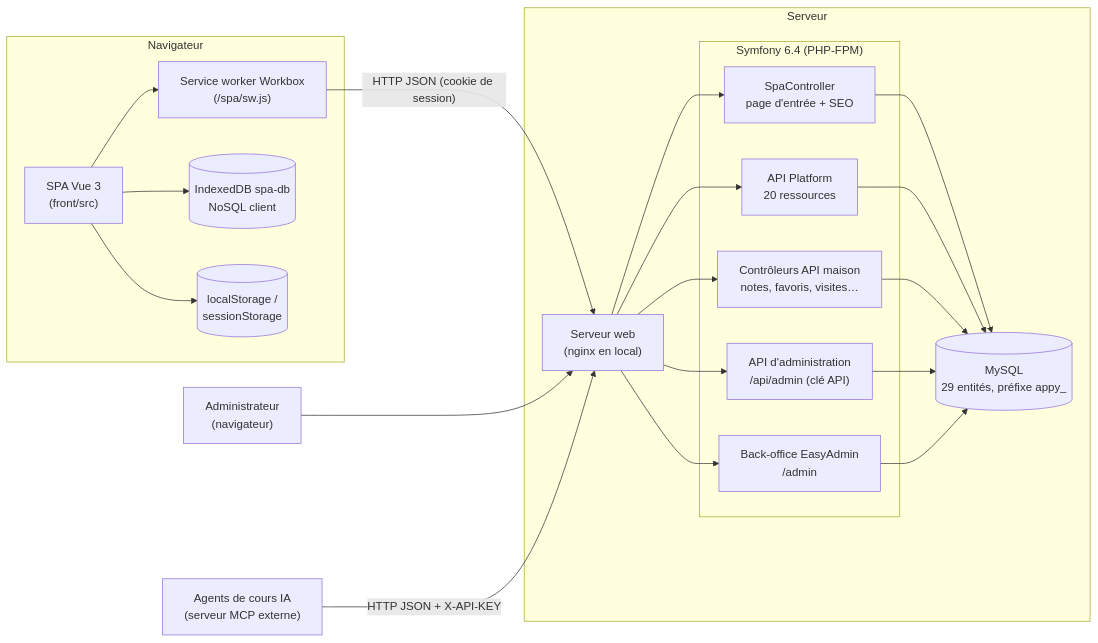
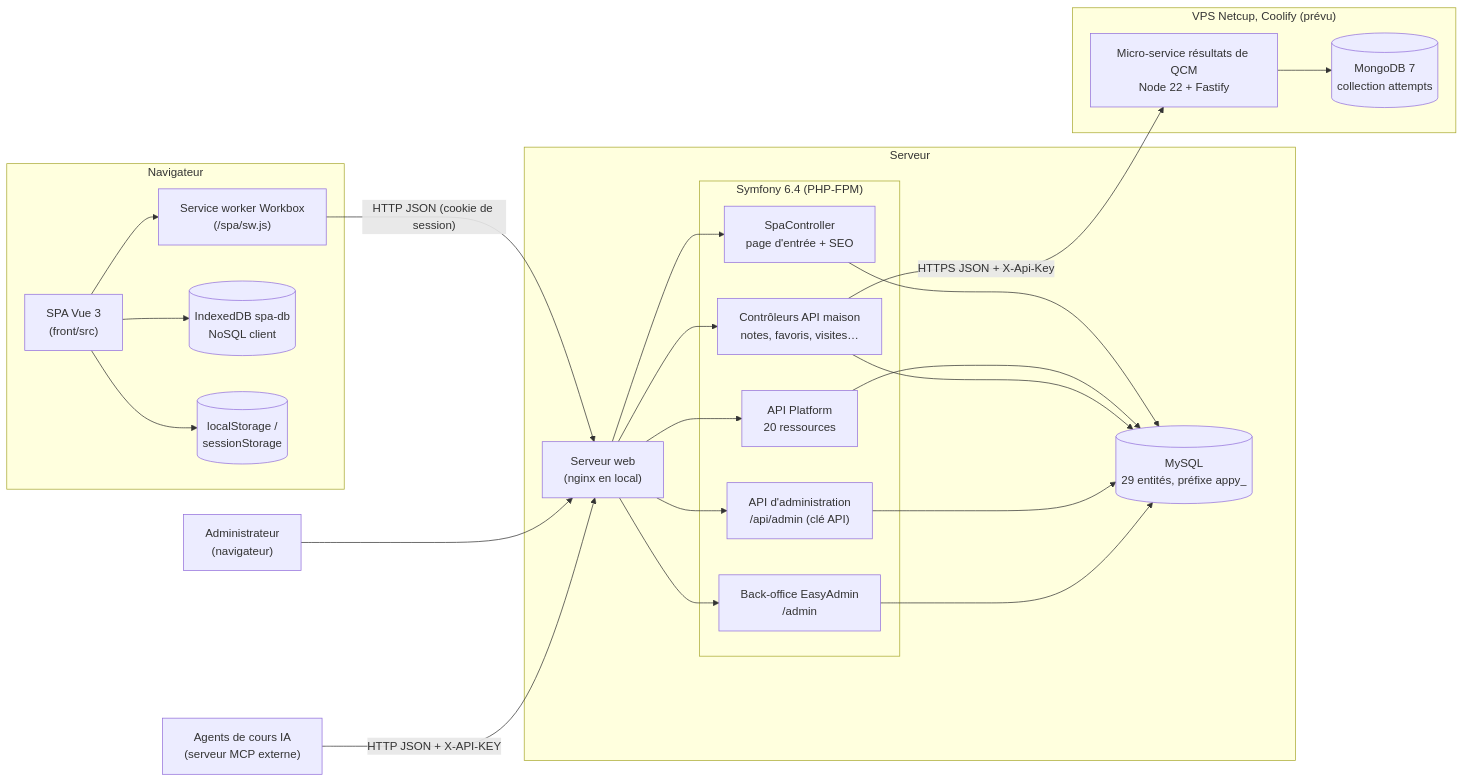
One commit to cundovar/vue-symfony changed the first of 6 diagrams in docs/conception/architecture.md. Above: the diagram before and after it, drawn with Mermaid. The commit also changed other lines of this file and 40 other files, not shown here.

First line of the commit message:
feat(qcm-results): store QCM attempts in MongoDB via a Node microservice

````diff
--- a/docs/conception/architecture.md
+++ b/docs/conception/architecture.md
@@ -13,33 +13,40 @@
 ```mermaid
 flowchart LR
   subgraph Navigateur
     SPA["SPA Vue 3<br/>(front/src)"]
     SW["Service worker Workbox<br/>(/spa/sw.js)"]
     IDB[("IndexedDB spa-db<br/>NoSQL client")]
     LS[("localStorage /<br/>sessionStorage")]
     SPA --> SW
     SPA --> IDB
     SPA --> LS
   end
 
   Admin["Administrateur<br/>(navigateur)"]
   Agent["Agents de cours IA<br/>(serveur MCP externe)"]
 
   subgraph Serveur
     WEB["Serveur web<br/>(nginx en local)"]
     subgraph Symfony["Symfony 6.4 (PHP-FPM)"]
       SPAC["SpaController<br/>page d'entrée + SEO"]
       APIP["API Platform<br/>20 ressources"]
       CTRL["Contrôleurs API maison<br/>notes, favoris, visites…"]
       ADMAPI["API d'administration<br/>/api/admin (clé API)"]
       EA["Back-office EasyAdmin<br/>/admin"]
     end
     DB[("MySQL<br/>29 entités, préfixe appy_")]
   end
 
+  subgraph VPS["VPS Netcup, Coolify (prévu)"]
+    QR["Micro-service résultats de QCM<br/>Node 22 + Fastify"]
+    MG[("MongoDB 7<br/>collection attempts")]
+    QR --> MG
+  end
+
   SW -- "HTTP JSON (cookie de session)" --> WEB
   Admin --> WEB
   Agent -- "HTTP JSON + X-API-KEY" --> WEB
   WEB --> SPAC & APIP & CTRL & ADMAPI & EA
   SPAC & APIP & CTRL & ADMAPI & EA --> DB
+  CTRL -- "HTTPS JSON + X-Api-Key" --> QR
 ```
````
